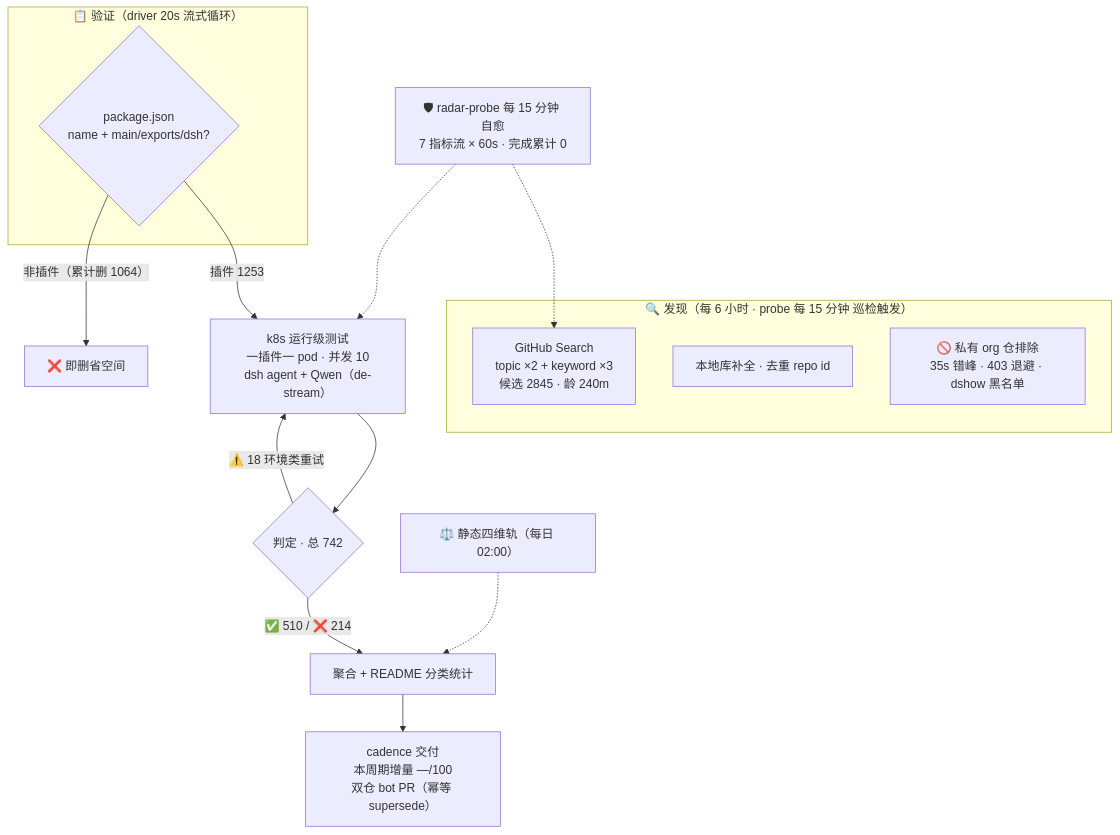
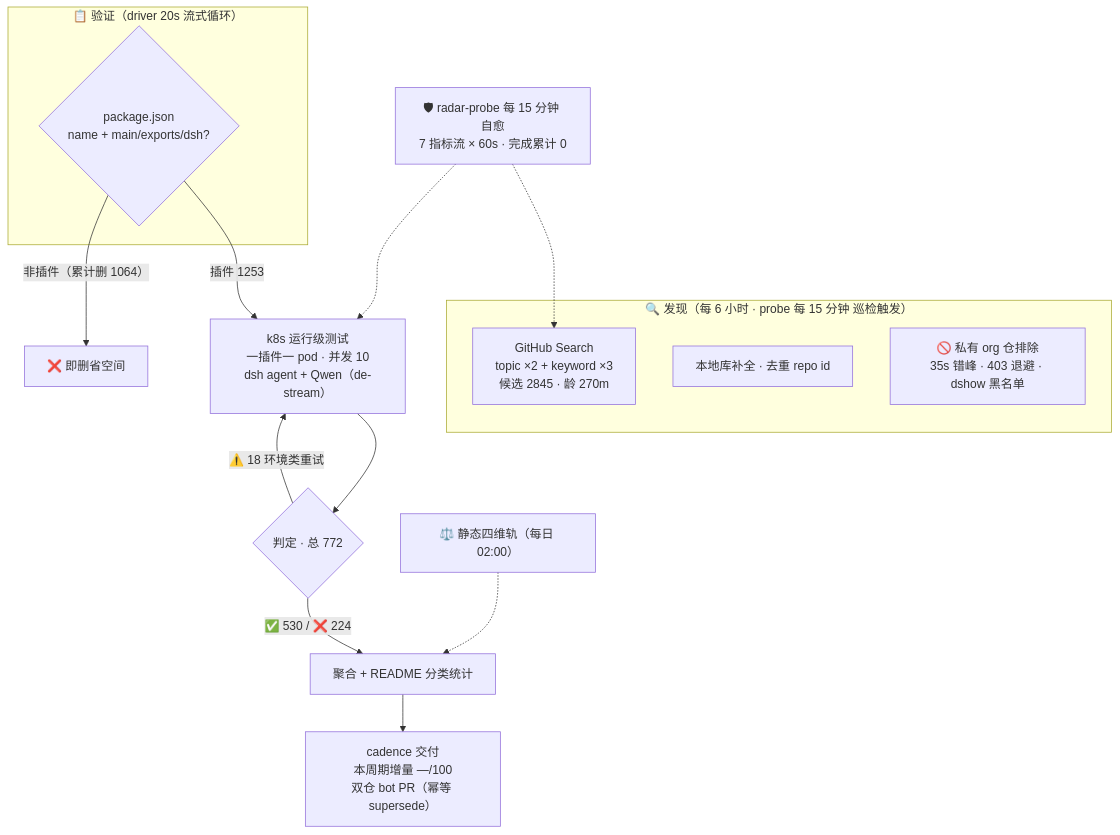
The diagram in README.md (Zhidao-Lab-OSS/awesome-dsh-plugins), drawn with Mermaid before and after one commit. The commit also changed other lines of this file and 1 other file, not shown here.

````diff
--- a/README.md
+++ b/README.md
@@ -32,20 +32,20 @@
 ```mermaid
 flowchart TB
     subgraph Discovery["🔍 发现（每 6 小时 · probe 每 15 分钟 巡检触发）"]
-        A1["GitHub Search<br/>topic ×2 + keyword ×3<br/>候选 2845 · 龄 240m"]
+        A1["GitHub Search<br/>topic ×2 + keyword ×3<br/>候选 2845 · 龄 270m"]
         A2["本地库补全 · 去重 repo id"]
         A3["🚫 私有 org 仓排除<br/>35s 错峰 · 403 退避 · dshow 黑名单"]
     end
     subgraph Validation["📋 验证（driver 20s 流式循环）"]
         B1{"package.json<br/>name + main/exports/dsh?"}
     end
     B1 -->|"插件 1253"| C1["k8s 运行级测试<br/>一插件一 pod · 并发 10<br/>dsh agent + Qwen（de-stream）"]
     B1 -->|"非插件（累计删 1064）"| B3["❌ 即删省空间"]
-    C1 --> D1{"判定 · 总 742"}
-    D1 -->|"✅ 510 / ❌ 214"| E1["聚合 + README 分类统计"]
+    C1 --> D1{"判定 · 总 772"}
+    D1 -->|"✅ 530 / ❌ 224"| E1["聚合 + README 分类统计"]
     D1 -->|"⚠️ 18 环境类重试"| C1
     E1 --> E2["cadence 交付<br/>本周期增量 —/100<br/>双仓 bot PR（幂等 supersede）"]
     S["⚖️ 静态四维轨（每日 02:00）"] -.-> E1
     M["🛡 radar-probe 每 15 分钟 自愈<br/>7 指标流 × 60s · 完成累计 0"] -.-> A1
     M -.-> C1
 ```
````
